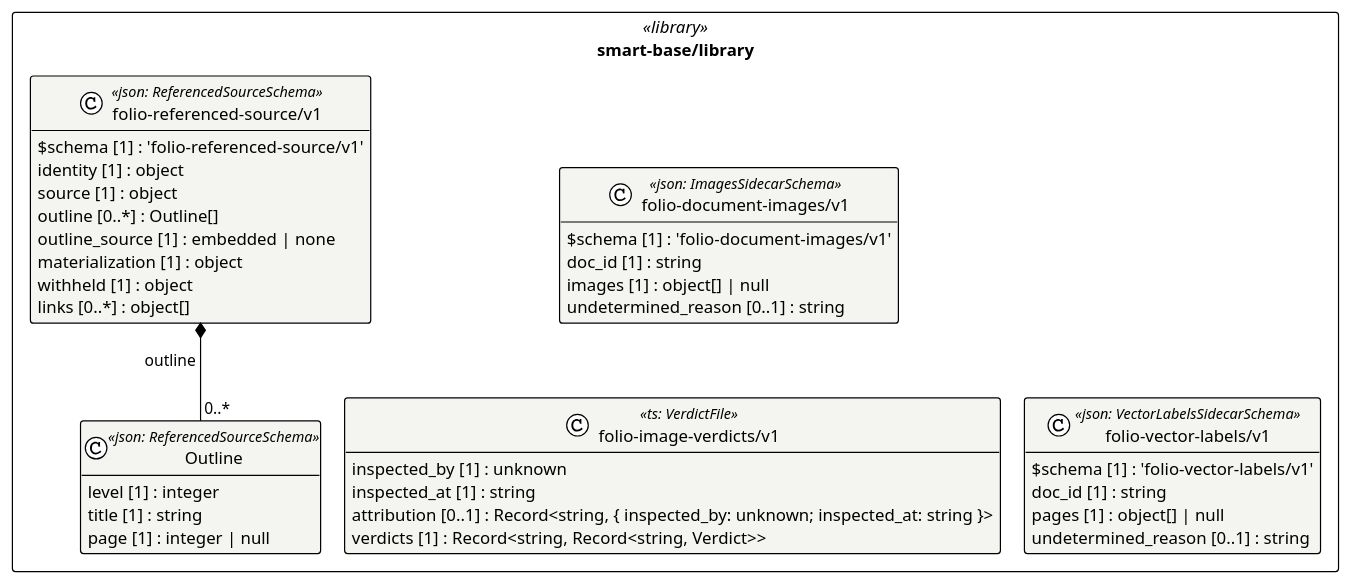
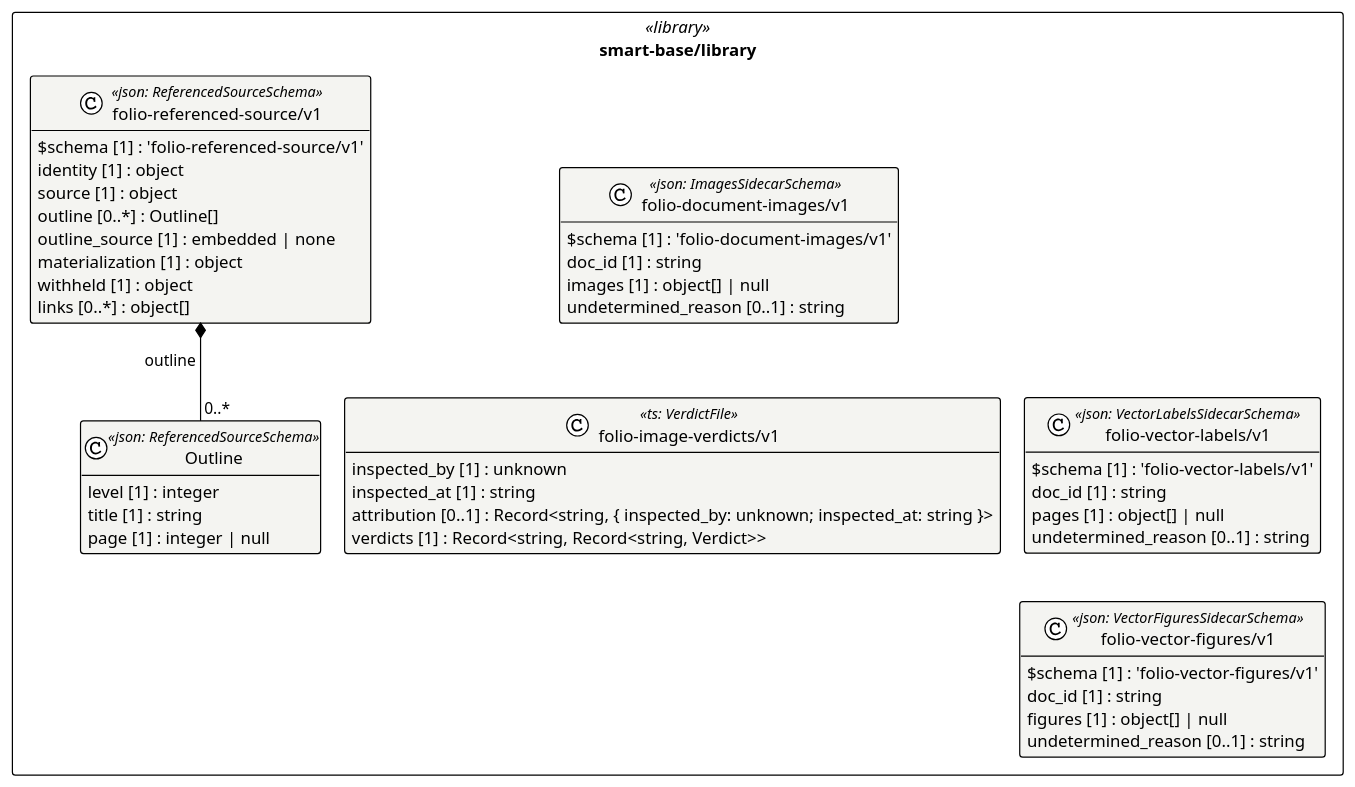
One commit to litlfred/folio-assistant changed the diagram in cat-harness/uml/overview/smart-base/library.puml. Above: the diagram before and after it, drawn with PlantUML. The commit also changed 23 other files, not shown here.

First line of the commit message:
chore(ay3x): regenerate the artefacts the new schema and arm owe (glossary, UML overview, detangle, READMEs); type the test verdict

```diff
--- a/cat-harness/uml/overview/smart-base/library.puml
+++ b/cat-harness/uml/overview/smart-base/library.puml
@@ -3,46 +3,52 @@
 @startuml smart_base_library
 !pragma layout elk
 !theme plain
 skinparam classAttributeIconSize 0
 skinparam shadowing false
 skinparam packageStyle rectangle
 hide empty methods
 
 package "smart-base/library" as pkg_smart_base_library <<library>> {
   class "folio-document-images/v1" as smart_base_library_folio_document_images_v1_folio_document_images_v1 <<json: ImagesSidecarSchema>> #f4f4f1 {
     $schema [1] : 'folio-document-images/v1'
     doc_id [1] : string
     images [1] : object[] | null
     undetermined_reason [0..1] : string
   }
   class "folio-image-verdicts/v1" as smart_base_library_folio_image_verdicts_v1 <<ts: VerdictFile>> #f4f4f1 {
     inspected_by [1] : unknown
     inspected_at [1] : string
     attribution [0..1] : Record<string, { inspected_by: unknown; inspected_at: string }>
     verdicts [1] : Record<string, Record<string, Verdict>>
   }
   class "folio-vector-labels/v1" as smart_base_library_folio_vector_labels_v1_folio_vector_labels_v1 <<json: VectorLabelsSidecarSchema>> #f4f4f1 {
     $schema [1] : 'folio-vector-labels/v1'
     doc_id [1] : string
     pages [1] : object[] | null
     undetermined_reason [0..1] : string
   }
+  class "folio-vector-figures/v1" as smart_base_library_folio_vector_figures_v1_folio_vector_figures_v1 <<json: VectorFiguresSidecarSchema>> #f4f4f1 {
+    $schema [1] : 'folio-vector-figures/v1'
+    doc_id [1] : string
+    figures [1] : object[] | null
+    undetermined_reason [0..1] : string
+  }
   class "Outline" as smart_base_library_folio_referenced_source_v1_Outline <<json: ReferencedSourceSchema>> #f4f4f1 {
     level [1] : integer
     title [1] : string
     page [1] : integer | null
   }
   class "folio-referenced-source/v1" as smart_base_library_folio_referenced_source_v1_folio_referenced_source_v1 <<json: ReferencedSourceSchema>> #f4f4f1 {
     $schema [1] : 'folio-referenced-source/v1'
     identity [1] : object
     source [1] : object
     outline [0..*] : Outline[]
     outline_source [1] : embedded | none
     materialization [1] : object
     withheld [1] : object
     links [0..*] : object[]
   }
 }
 
 smart_base_library_folio_referenced_source_v1_folio_referenced_source_v1 *-- "0..*" smart_base_library_folio_referenced_source_v1_Outline : outline
 @enduml
```
